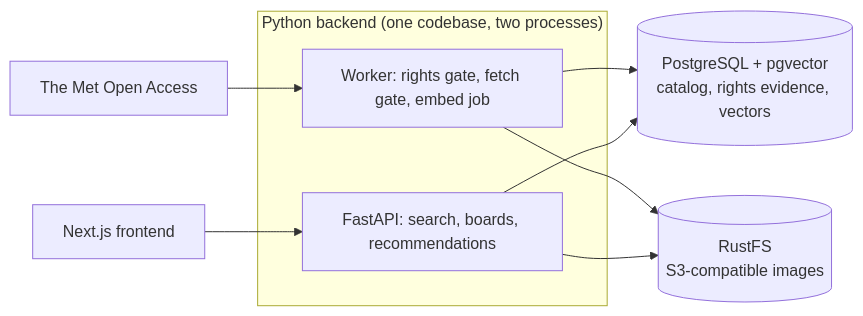
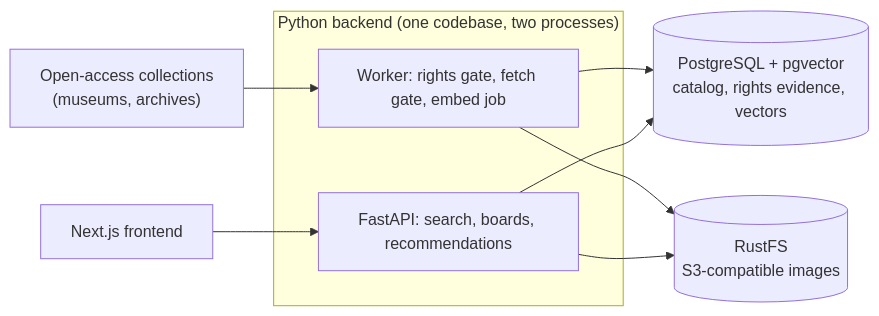
One commit to justinleski/cc0 changed the diagram in README.md. Above: the diagram before and after it, drawn with Mermaid. The commit also changed other lines of this file, not shown here.

````diff
--- a/README.md
+++ b/README.md
@@ -21,13 +19,13 @@
 ```mermaid
 flowchart LR
-  Met["The Met Open Access"] --> Worker
+  Sources["Open-access collections<br/>(museums, archives)"] --> Worker
   subgraph Backend["Python backend (one codebase, two processes)"]
     Worker["Worker: rights gate, fetch gate, embed job"]
     API["FastAPI: search, boards, recommendations"]
   end
   Worker --> PG[("PostgreSQL + pgvector<br/>catalog, rights evidence, vectors")]
   Worker --> S3[("RustFS<br/>S3-compatible images")]
   API --> PG
   API --> S3
   Web["Next.js frontend"] --> API
 ```
````
